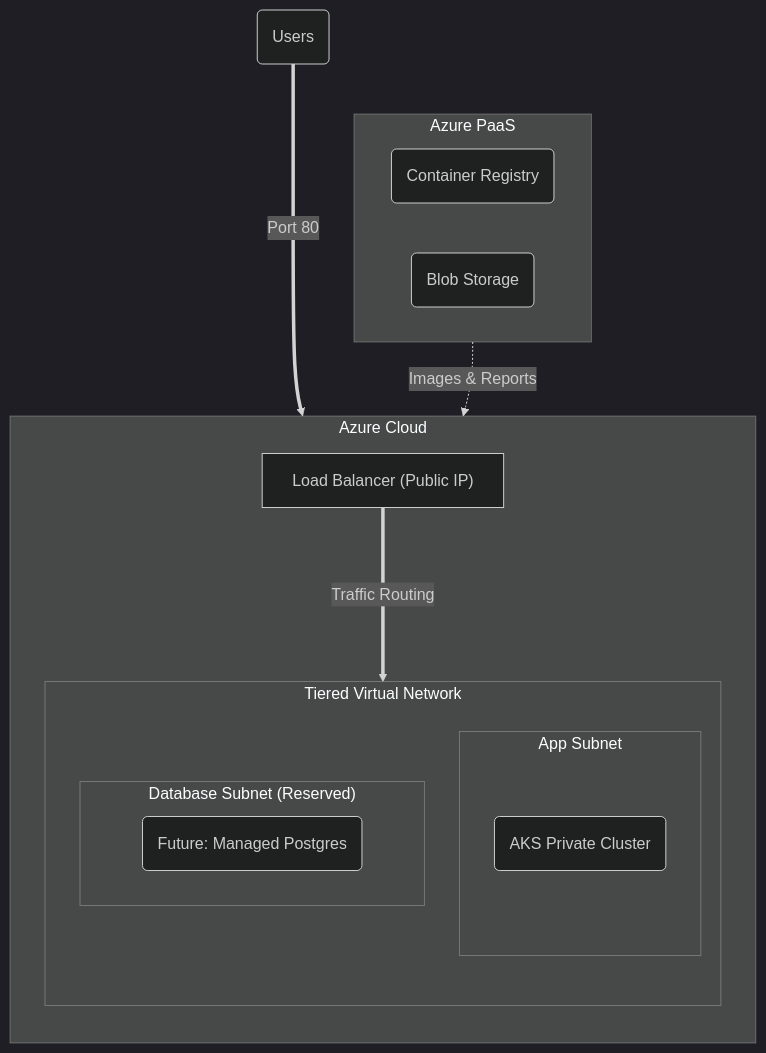
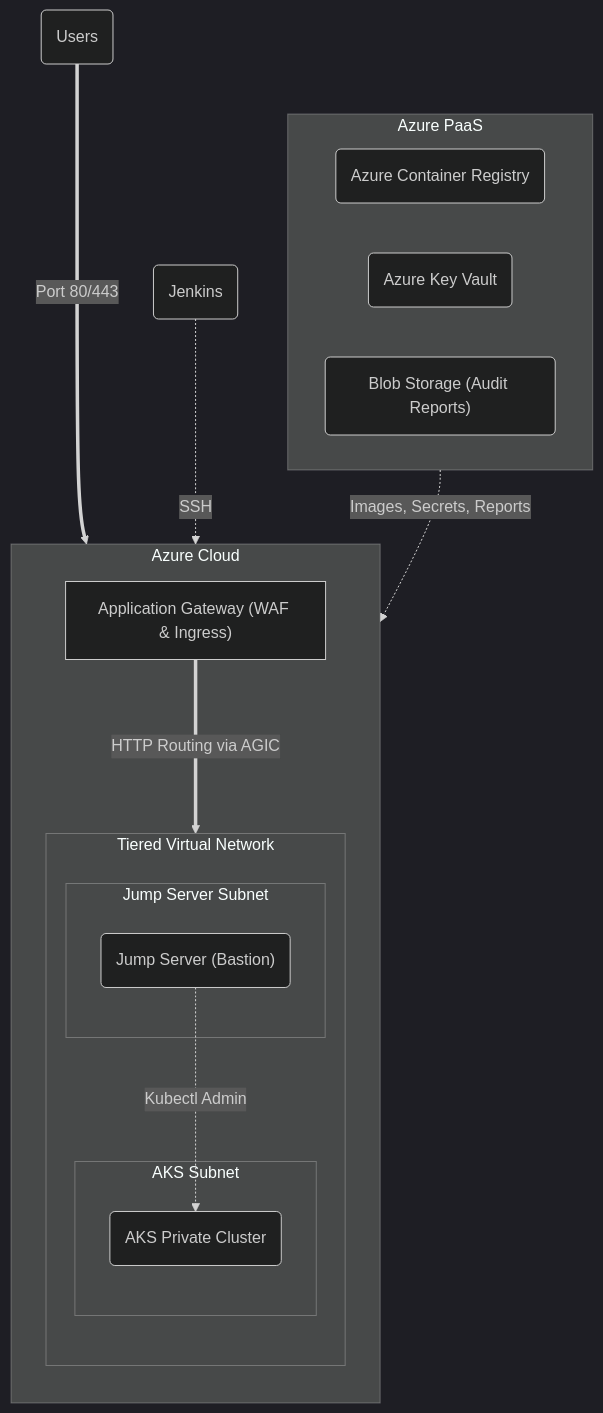
The diagram in README.md (rajputganesh217/azure-aks-devsecops-platform), drawn with Mermaid (dark theme) before and after one commit. The commit also changed other lines of this file, not shown here.

Commit message:
Docs: Complete overhaul of README architecture and DevSecOps flows

````diff
--- a/README.md
+++ b/README.md
@@ -138,28 +76,31 @@
 ```mermaid
 flowchart TD
     subgraph PaaS ["Azure PaaS"]
         direction LR
-        ACR("Container Registry")
-        Blob("Blob Storage")
+        ACR("Azure Container Registry")
+        KV("Azure Key Vault")
+        Blob("Blob Storage (Audit Reports)")
     end
 
     subgraph Azure ["Azure Cloud"]
         direction TB
-        ALB["Load Balancer (Public IP)"]
+        AppGW["Application Gateway (WAF & Ingress)"]
         
         subgraph VNet ["Tiered Virtual Network"]
             direction TB
-            subgraph AppSubnet ["App Subnet"]
+            subgraph AppSubnet ["AKS Subnet"]
                 AKS("AKS Private Cluster")
             end
             
-            subgraph DBSubnet ["Database Subnet (Reserved)"]
-                FutureDB("Future: Managed Postgres")
+            subgraph JumpSubnet ["Jump Server Subnet"]
+                JumpServer("Jump Server (Bastion)")
             end
         end
     end
 
-    Users("Users") ===>|Port 80| ALB
-    ALB ===>|Traffic Routing| AKS
-    PaaS -.->|Images & Reports| AKS
+    Users("Users") ===>|Port 80/443| AppGW
+    AppGW ===>|HTTP Routing via AGIC| AKS
+    PaaS -.->|Images, Secrets, Reports| AKS
+    Jenkins("Jenkins") -.->|SSH| JumpServer
+    JumpServer -.->|Kubectl Admin| AKS
 ```
````
